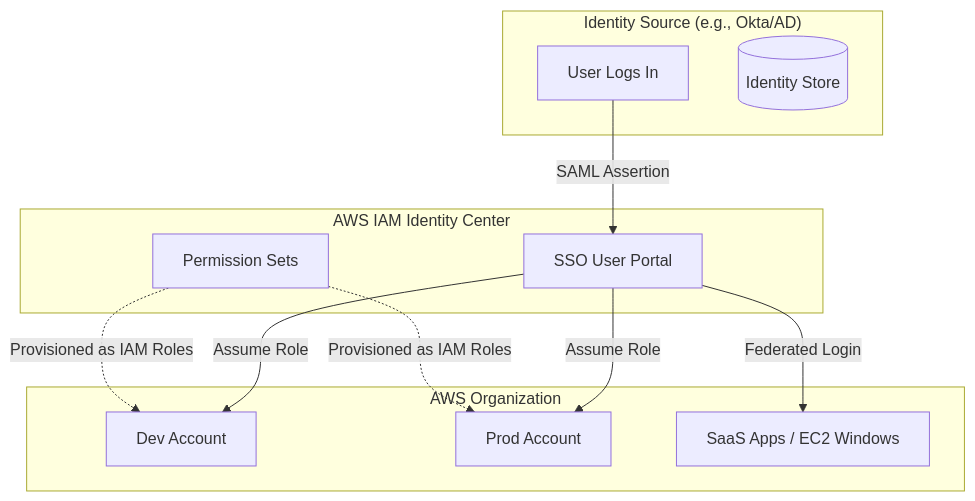
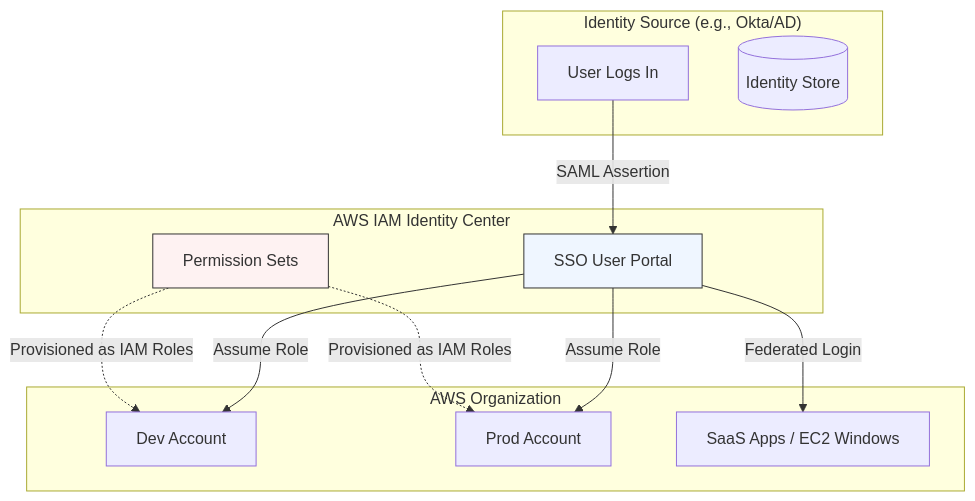
One commit to Root-Shells/aws_scs_udemy changed the diagram in domain_4_iam_management/aws_iam_identity_center.md. Above: the diagram before and after it, drawn with Mermaid. The commit also changed 7 other files, not shown here.

````diff
--- a/domain_4_iam_management/aws_iam_identity_center.md
+++ b/domain_4_iam_management/aws_iam_identity_center.md
@@ -42,25 +42,28 @@
 ```mermaid
 graph TD
     subgraph "Identity Source (e.g., Okta/AD)"
         User[User Logs In]
         Store[(Identity Store)]
     end
 
     subgraph "AWS IAM Identity Center"
         Portal[SSO User Portal]
         PermSet[Permission Sets]
     end
 
     subgraph "AWS Organization"
         AccDev[Dev Account]
         AccProd[Prod Account]
         App[SaaS Apps / EC2 Windows]
     end
 
     User -->|SAML Assertion| Portal
     Portal -->|Assume Role| AccDev
     Portal -->|Assume Role| AccProd
     Portal -->|Federated Login| App
     PermSet -.->|Provisioned as IAM Roles| AccDev
     PermSet -.->|Provisioned as IAM Roles| AccProd
+
+    style Portal fill:#eff6ff,stroke:#333
+    style PermSet fill:#fef2f2,stroke:#333
 ```
````
